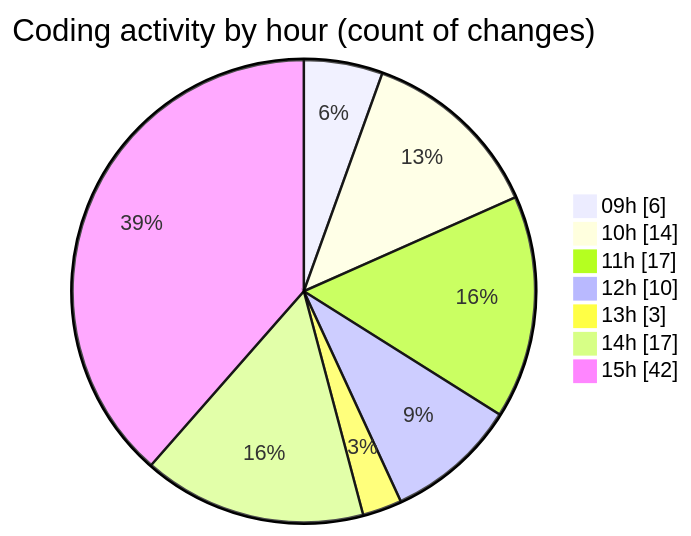
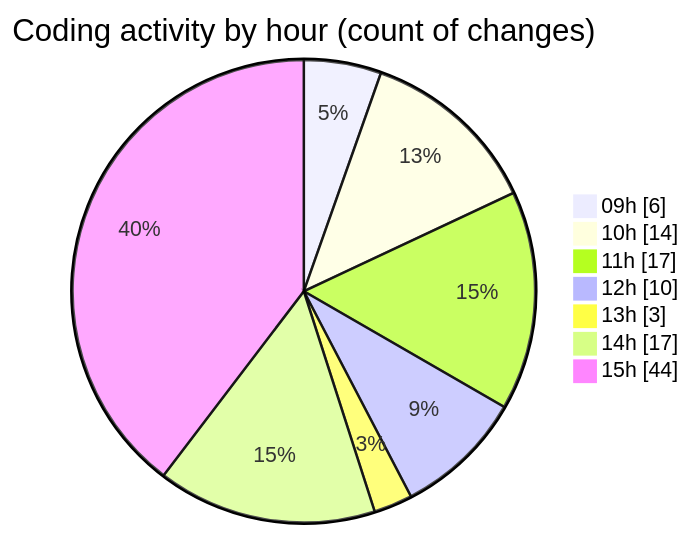
One commit to momahboobian/code-tracking changed the second of 2 diagrams in 2026-02-11/cda/README.md. Above: the diagram before and after it, drawn with Mermaid. The commit also changed other lines of this file and 1 other file, not shown here.

````diff
--- a/2026-02-11/cda/README.md
+++ b/2026-02-11/cda/README.md
@@ -35,11 +35,11 @@
 ```mermaid
 pie showData
 title Coding activity by hour (count of changes)
 "09h" : 6
 "10h" : 14
 "11h" : 17
 "12h" : 10
 "13h" : 3
 "14h" : 17
-"15h" : 42
+"15h" : 44
 ```
````
